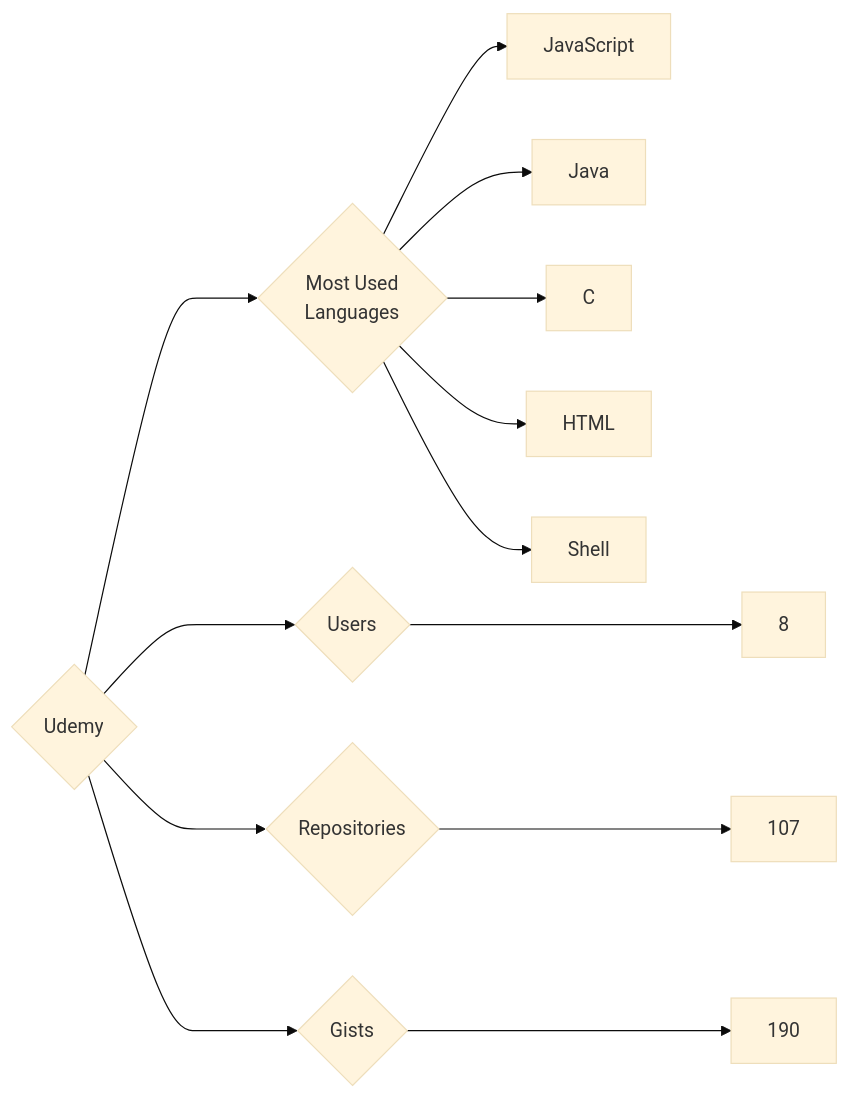
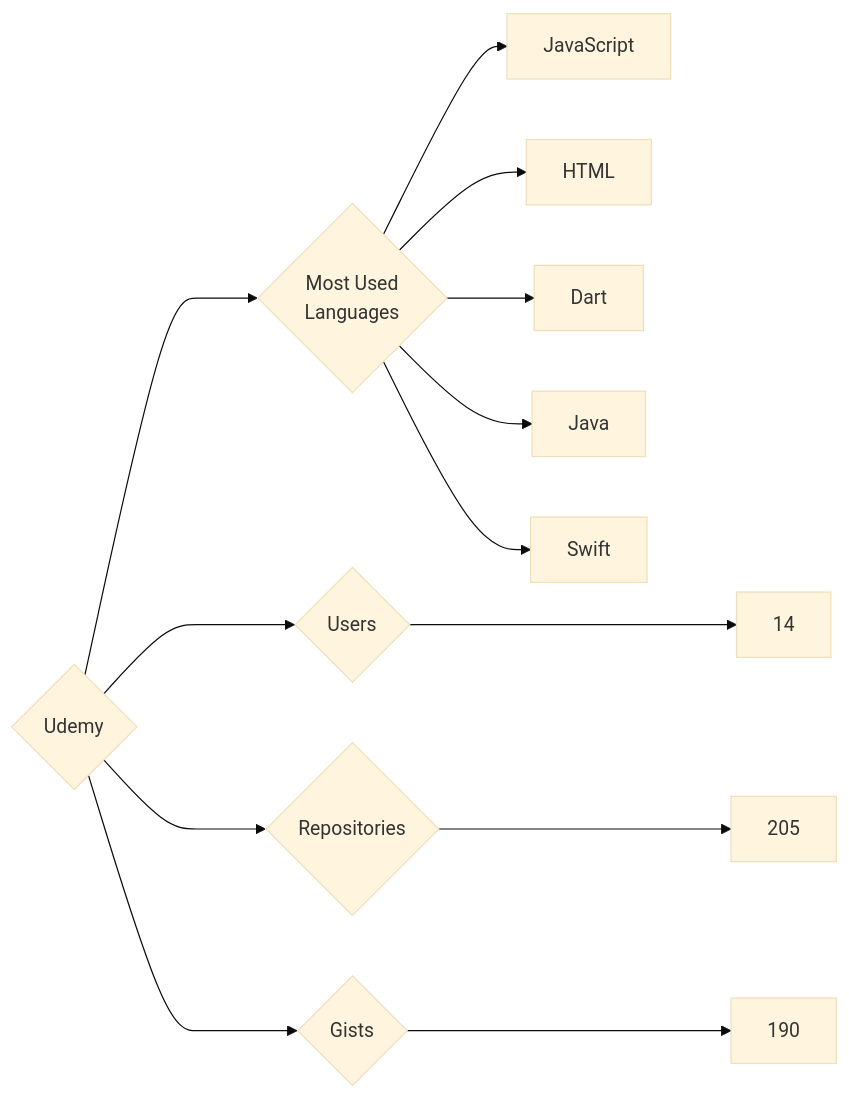
The diagram in targets/Udemy/README.md (trickest/insiders), drawn with Mermaid (base theme) before and after one commit. The commit also changed 681 other files, not shown here.

````diff
--- a/targets/Udemy/README.md
+++ b/targets/Udemy/README.md
@@ -3,13 +3,13 @@
 ```mermaid
 graph LR
 COMPANY_NAME{Udemy}
-COMPANY_NAME ---> U{Users} ---> UN[8]
-COMPANY_NAME ---> R{Repositories} ---> RN[107]
+COMPANY_NAME ---> U{Users} ---> UN[14]
+COMPANY_NAME ---> R{Repositories} ---> RN[205]
 COMPANY_NAME ---> G{Gists} ---> GN[190]
 COMPANY_NAME ---> ML{Most Used<br>Languages}
 ML --> JavaScript[JavaScript]
+ML --> HTML[HTML]
+ML --> Dart[Dart]
 ML --> Java[Java]
-ML --> C[C]
-ML --> HTML[HTML]
-ML --> Shell[Shell]
+ML --> Swift[Swift]
 ```
````
